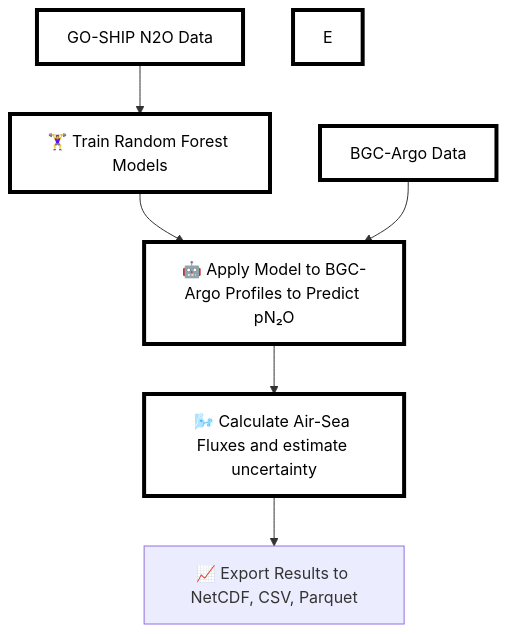
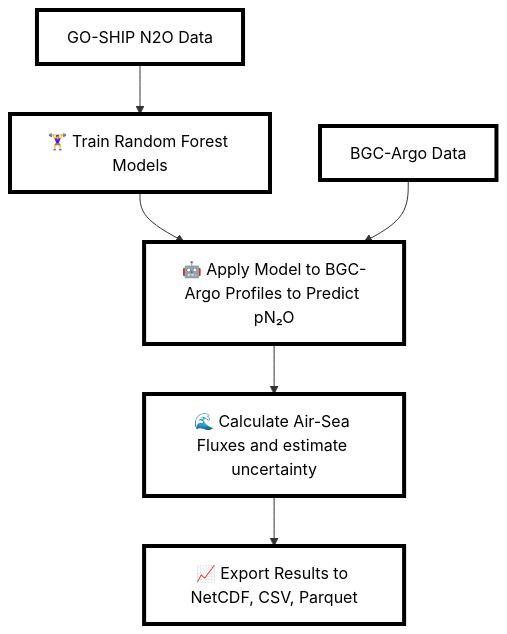
One commit to ckelly314/ml-argo-n2o changed the diagram in README.md. Above: the diagram before and after it, drawn with Mermaid. The commit also changed other lines of this file, not shown here.

````diff
--- a/README.md
+++ b/README.md
@@ -26,14 +26,14 @@
 ```mermaid
 flowchart TD
     A["GO-SHIP N2O Data"] --> B["🏋️‍♀️ Train Random Forest Models"]
     B --> C["🤖 Apply Model to BGC-Argo Profiles to Predict pN₂O"]
-    C --> D["🌬️ Calculate Air-Sea Fluxes and estimate uncertainty"]
+    C --> D["🌊 Calculate Air-Sea Fluxes and estimate uncertainty"]
     n1["BGC-Argo Data"] --> C
     D --> F["📈 Export Results to NetCDF, CSV, Parquet"]
     style A color:#000000,fill:#FFFFFF,stroke-width:4px,stroke-dasharray: 0,stroke:#000000
     style B color:#000000,fill:#FFFFFF,stroke-width:4px,stroke-dasharray: 0,stroke:#000000
     style C color:#000000,fill:#FFFFFF,stroke-width:4px,stroke-dasharray: 0,stroke:#000000
     style D color:#000000,fill:#FFFFFF,stroke-width:4px,stroke-dasharray: 0,stroke:#000000
-    style E color:#000000,fill:#FFFFFF,stroke-width:4px,stroke-dasharray: 0,stroke:#000000
+    style F color:#000000,fill:#FFFFFF,stroke-width:4px,stroke-dasharray: 0,stroke:#000000
     style n1 color:#000000,fill:#FFFFFF,stroke-width:4px,stroke-dasharray: 0,stroke:#000000
 ```
````
